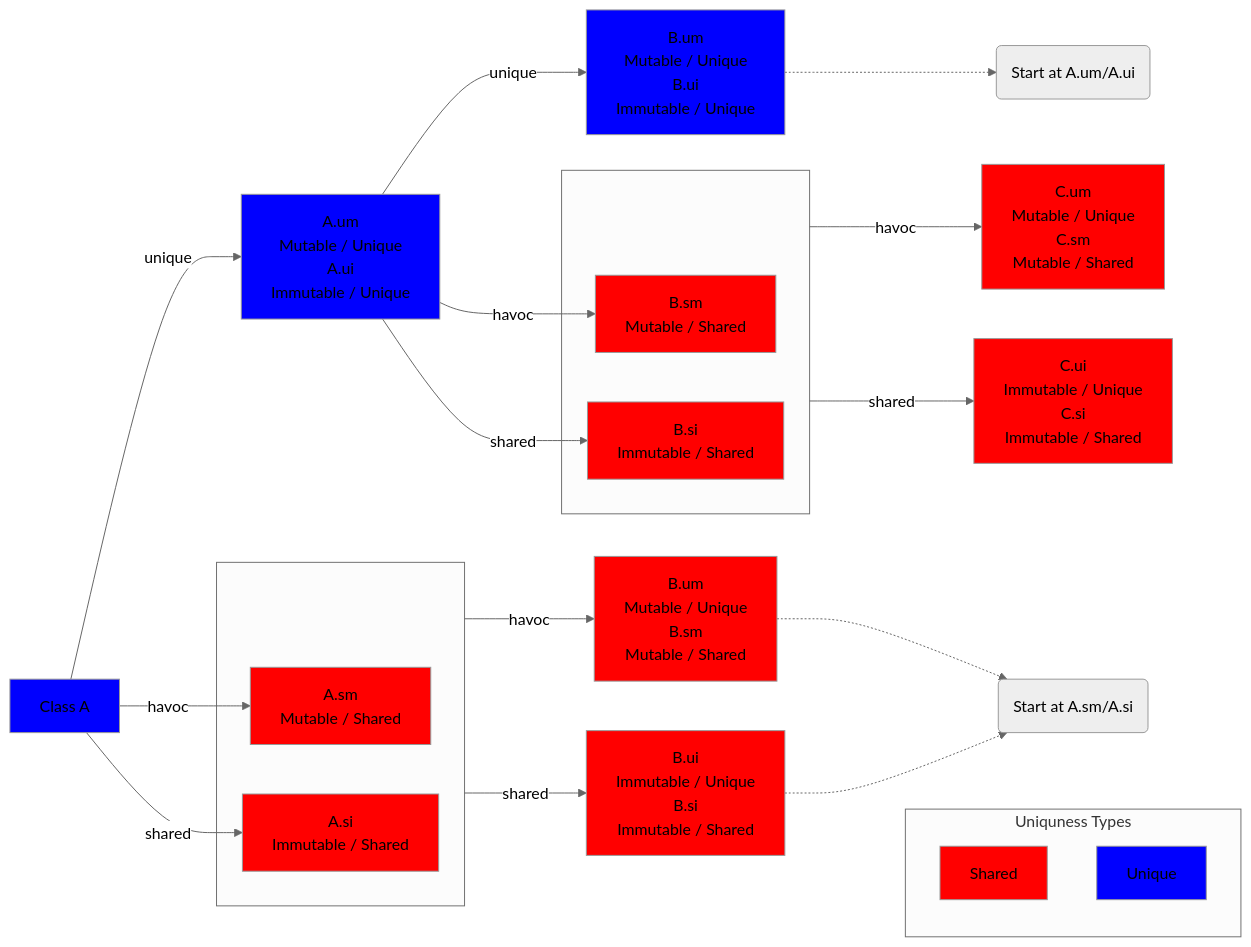
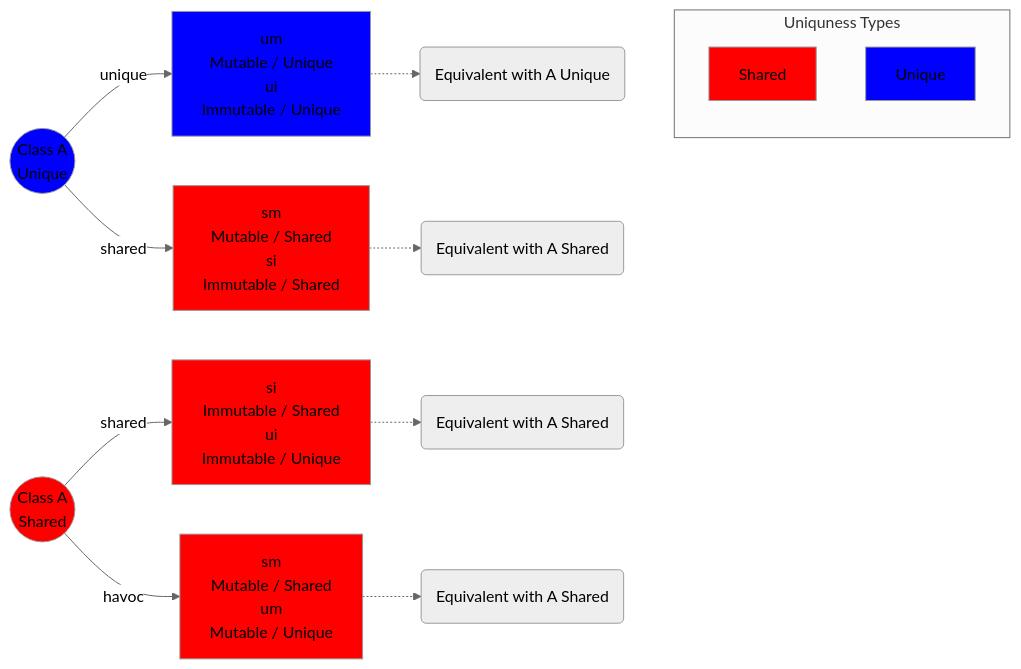
The first of 2 diagrams in Design/folding-unfolding.md (jesyspa/snakt-design), drawn with Mermaid (neutral theme) before and after one commit. The commit also changed other lines of this file, not shown here.

````diff
--- a/Design/folding-unfolding.md
+++ b/Design/folding-unfolding.md
@@ -46,64 +32,56 @@
 ```mermaid
 graph LR
-    A[Class A] -- unique --> B_um_ui["A.um<br/>Mutable / Unique <br/> "A.ui<br/>Immutable / Unique""]
-    
-    B_um_ui -- unique --> C_um_ui["B.um<br/>Mutable / Unique <br/> B.ui<br/>Immutable / Unique"]
+    A_u((Class A <br/> Unique)) -- unique --> B_um_ui["um<br/>Mutable / Unique <br/> ui<br/>Immutable / Unique"]
 
-  subgraph C_sm_si[" "]
-    C_sm["B.sm<br/>Mutable / Shared"]
-    C_si["B.si<br/>Immutable / Shared"]
-  end
-
-    B_um_ui -- havoc  --> C_sm["B.sm<br/>Mutable / Shared"]
-    B_um_ui -- shared --> C_si["B.si<br/>Immutable / Shared"]
-    
-    C_um_ui -.-> rec1(Start at A.um/A.ui)
-
-    C_sm_si -- havoc --> D9["C.um<br/>Mutable / Unique <br/> C.sm<br/>Mutable / Shared"]
-    C_sm_si -- shared --> D10["C.ui<br/>Immutable / Unique <br/> C.si<br/>Immutable / Shared"]
+    A_s((Class A <br/> Shared)) -- shared --> Bb_si_ui["si<br/>Immutable / Shared <br/> ui<br/>Immutable / Unique"]
+    A_s -- havoc --> Bb_sm_um["sm<br/>Mutable / Shared <br/> um<br/>Mutable / Unique"]
 
 
-  subgraph B_sm_si[" "]
-      B_sm["A.sm<br/>Mutable / Shared"]
-      B_si["A.si<br/>Immutable / Shared"]
-  end
-    A -- havoc --> B_sm
-    A -- shared --> B_si
-    
-    B_sm_si -- havoc --> C_um_sm["B.um<br/>Mutable / Unique <br/> B.sm<br/>Mutable / Shared"]
-    B_sm_si -- shared --> C_ui_si["B.ui<br/>Immutable / Unique <br/> B.si<br/>Immutable / Shared"]
-    
-    C_um_sm -.-> rec2(Start at A.sm/A.si)
-    
-    C_ui_si -.-> rec2
+    B_um_ui -.-> info23("Equivalent with A Unique")
 
-subgraph Legend ["Uniquness Types"]
-        direction TB
-    Shared["Shared"]
-    Unique["Unique"]
+
+
+    A_u -- shared --> B_sm_si["sm<br/>Mutable / Shared <br/>si<br/>Immutable / Shared"]
+
+    Bb_si_ui -.-> info5(Equivalent with A Shared)
+    Bb_sm_um -.-> info6(Equivalent with A Shared)
+    B_sm_si -.-> info4(Equivalent with A Shared)
+        subgraph Legend ["Uniquness Types"]
+                direction TB
+            Shared["Shared"]
+            Unique["Unique"]
     end
 
     %% ANCHOR THE LEGEND
     %% Use ~~~ for an invisible link to Class A to keep it nearby
-    C_um_sm ~~~ Legend
+    info23 ~~~ Legend
 
 
 
 classDef unique fill:blue
 classDef shared fill:red
 
 class Shared shared
 class Unique unique
-class A unique
+class A_u unique
+class A_s shared
 class B_um_ui unique
 class C_um_ui unique
 class B_sm shared
 class C_sm shared
 class C_si shared
 class B_si shared
-class C_um_sm shared
-class C_ui_si shared
+class B_sm_si shared
+%% class C_um_sm shared
+%% class C_ui_si shared
 class D1 shared
 class D9 shared
 class D10 shared
+class Bb_si shared
+class Bb_ui shared
+class Bb_sm shared
+class Bb_um shared
+class Bb_si_ui shared
+class Bb_sm_um shared
+
 ```
````
